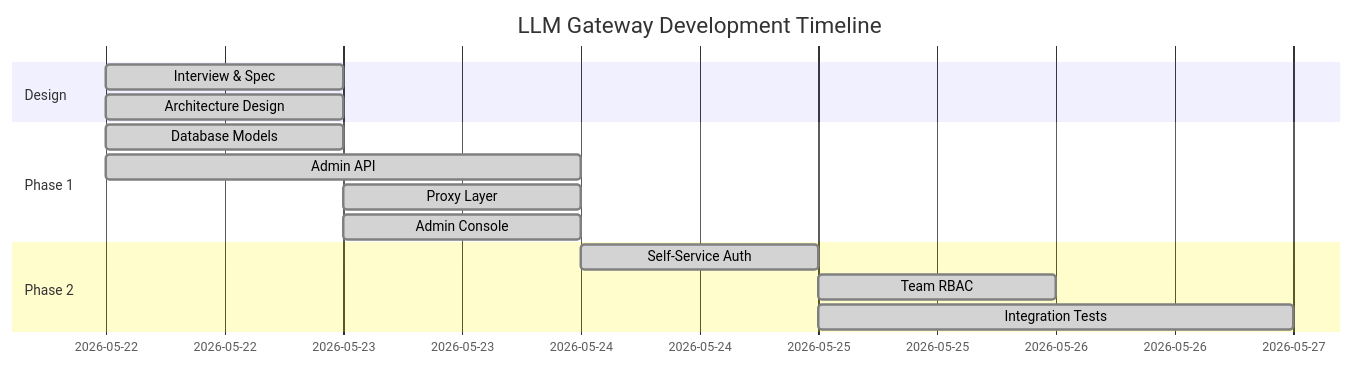
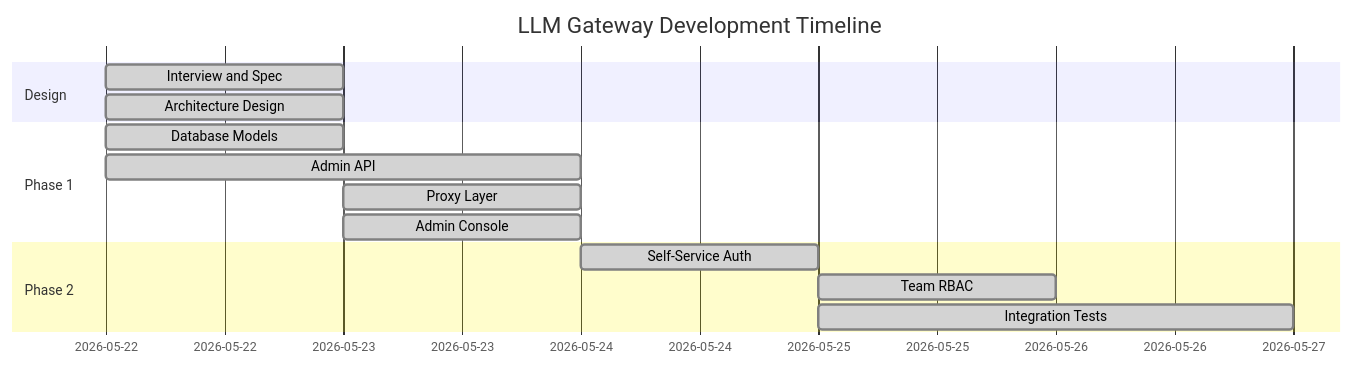
One commit to pty819/llm-gateway-docs changed the diagram in docs/source/journey/iteration.md. Above: the diagram before and after it, drawn with Mermaid. The commit also changed other lines of this file and 18 other files, not shown here.

First line of the commit message:
Fix RST directives and mermaid syntax in MD files

````diff
--- a/docs/source/journey/iteration.md
+++ b/docs/source/journey/iteration.md
@@ -76,17 +56,17 @@
 ```{mermaid}
 gantt
     title LLM Gateway Development Timeline
     dateFormat YYYY-MM-DD
     section Design
-    Interview & Spec     :done, des1, 2026-05-22, 1d
+    Interview and Spec     :done, des1, 2026-05-22, 1d
     Architecture Design  :done, des2, 2026-05-22, 1d
     section Phase 1
     Database Models      :done, p1a, 2026-05-22, 1d
     Admin API            :done, p1b, 2026-05-22, 2d
     Proxy Layer          :done, p1c, 2026-05-23, 1d
     Admin Console        :done, p1d, 2026-05-23, 1d
     section Phase 2
     Self-Service Auth    :done, p2a, 2026-05-24, 1d
     Team RBAC            :done, p2b, 2026-05-25, 1d
     Integration Tests    :done, p2c, 2026-05-25, 2d
 ```
````
